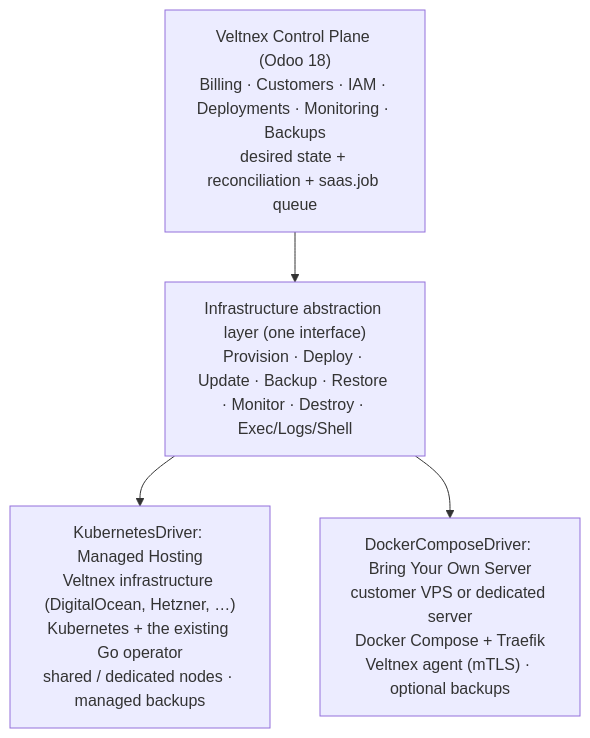
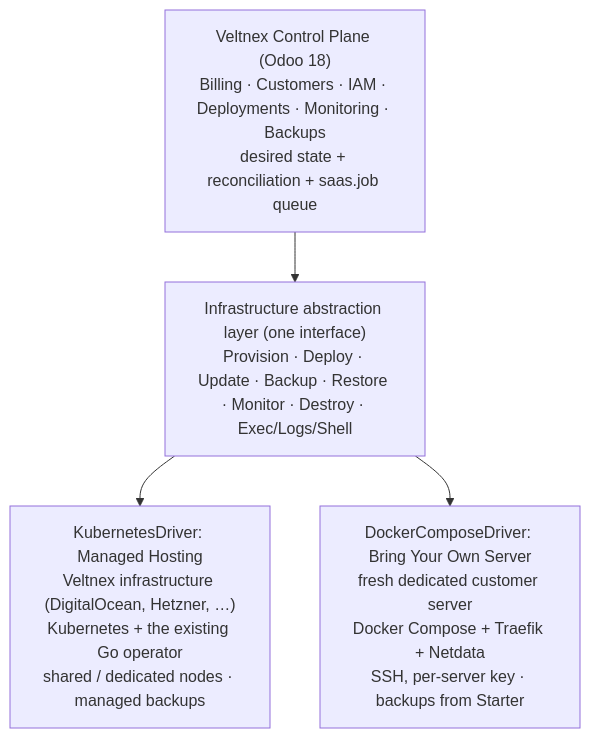
One commit to moutazmuhammad/odoo-saas-platform changed the second of 3 diagrams in future-plan/ARCHITECTURE-TARGET.md. Above: the diagram before and after it, drawn with Mermaid. The commit also changed other lines of this file and 2 other files, not shown here.

First line of the commit message:
Plans: BYOS keeps oec.sh's approach on fresh dedicated servers, with safeguards

````diff
--- a/future-plan/ARCHITECTURE-TARGET.md
+++ b/future-plan/ARCHITECTURE-TARGET.md
@@ -722,10 +722,10 @@
 ```mermaid
 flowchart TB
     CP["Veltnex Control Plane (Odoo 18)<br/>Billing · Customers · IAM · Deployments · Monitoring · Backups<br/>desired state + reconciliation + saas.job queue"]
     IAL["Infrastructure abstraction layer (one interface)<br/>Provision · Deploy · Update · Backup · Restore · Monitor · Destroy · Exec/Logs/Shell"]
     K8S["KubernetesDriver: Managed Hosting<br/>Veltnex infrastructure (DigitalOcean, Hetzner, …)<br/>Kubernetes + the existing Go operator<br/>shared / dedicated nodes · managed backups"]
-    DOCK["DockerComposeDriver: Bring Your Own Server<br/>customer VPS or dedicated server<br/>Docker Compose + Traefik<br/>Veltnex agent (mTLS) · optional backups"]
+    DOCK["DockerComposeDriver: Bring Your Own Server<br/>fresh dedicated customer server<br/>Docker Compose + Traefik + Netdata<br/>SSH, per-server key · backups from Starter"]
     CP --> IAL
     IAL --> K8S
     IAL --> DOCK
 ```
````
